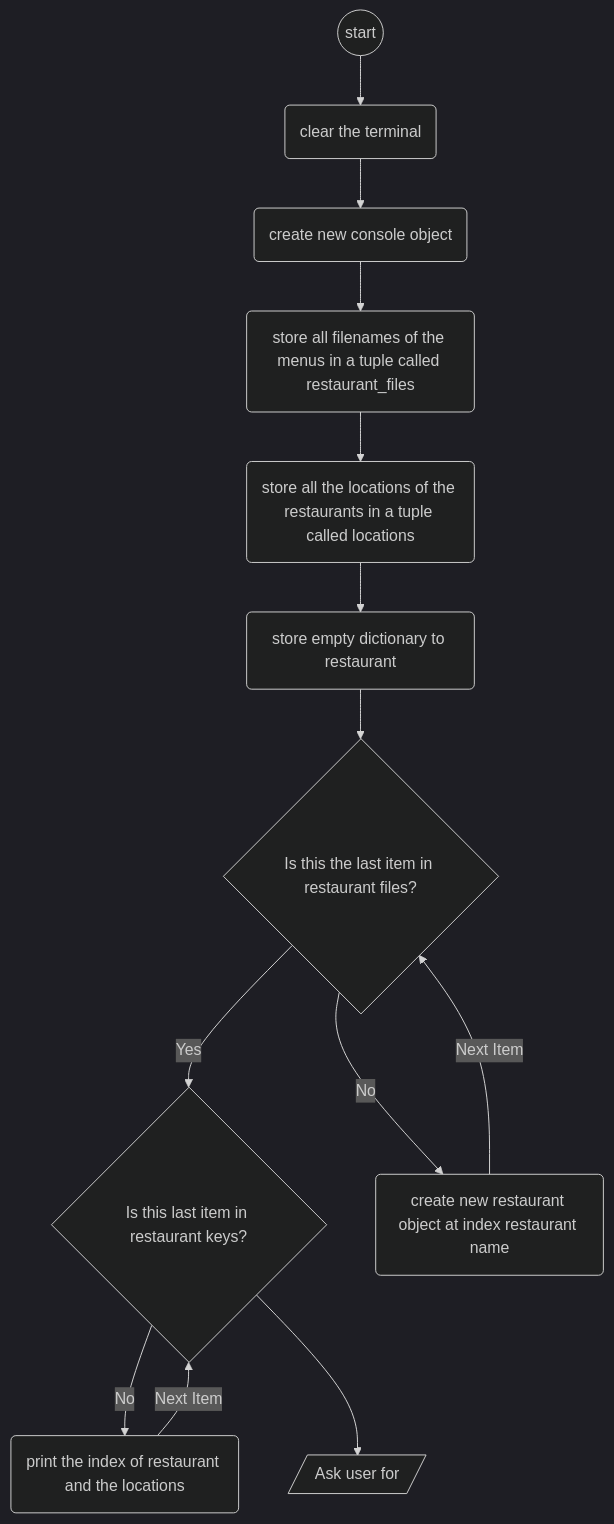
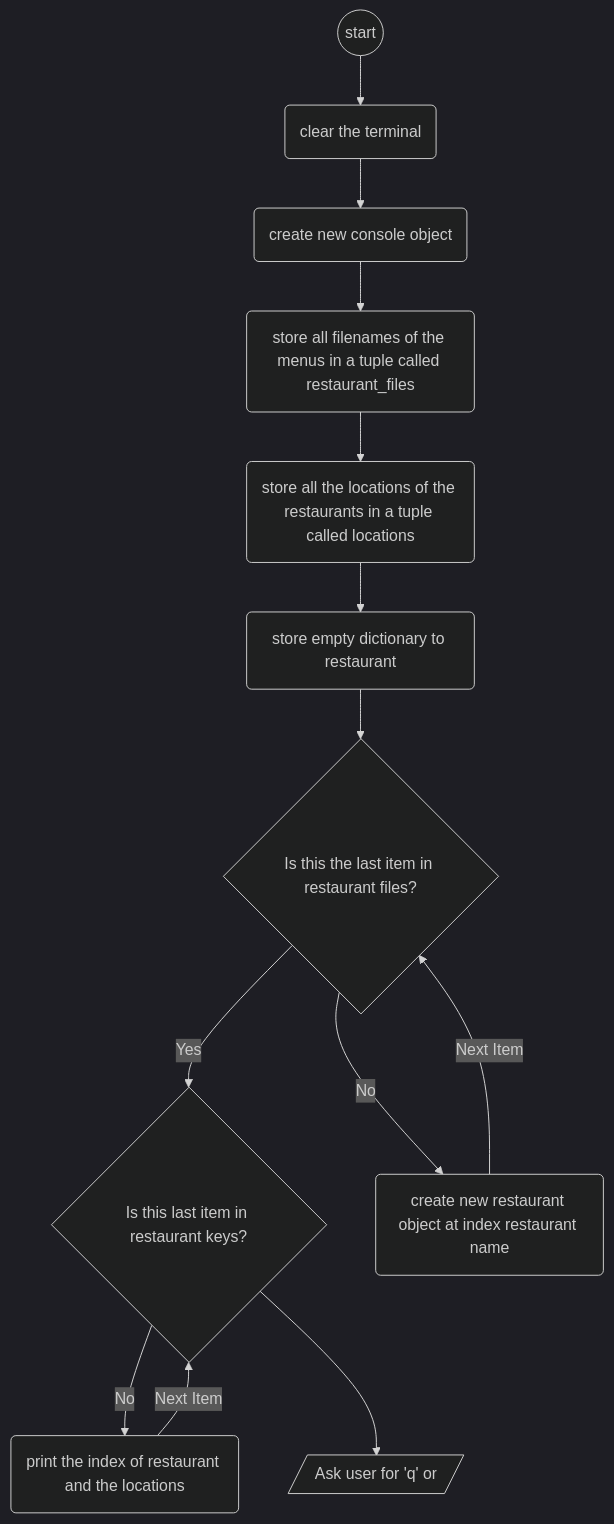
One commit to asdcf35/classwork changed the diagram in Error Journaling/flowchart.mmd. Above: the diagram before and after it, drawn with Mermaid (dark theme).

Commit message:
May 13, 2024, 8:51 PM

```diff
--- a/Error Journaling/flowchart.mmd
+++ b/Error Journaling/flowchart.mmd
@@ -1,11 +1,11 @@
 flowchart
     start((start)) -->
     clearTerminal(clear the terminal) -->
     consoleObject(create new console object) -->
     restaurantFiles(store all filenames of the menus in a tuple called restaurant_files) -->
     locations(store all the locations of the restaurants in a tuple called locations) -->
     emptyRestaurant(store empty dictionary to restaurant) -->
     lastItemInRestaurantFiles{Is this the last item in restaurant files?} --> |Yes| lastItemInRestaurantKeys{Is this last item in restaurant keys?}
     lastItemInRestaurantKeys --> |No| printIndexRestaurantLocations(print the index of restaurant and the locations) -->|Next Item|lastItemInRestaurantKeys
     lastItemInRestaurantFiles --> |No| createRestaurantItem(create new restaurant object at index restaurant name) -->|Next Item|lastItemInRestaurantFiles
-    lastItemInRestaurantKeys --> askUserForRestaurant[/Ask user for /]
+    lastItemInRestaurantKeys --> askUserForRestaurant[/Ask user for 'q' or /]
```
